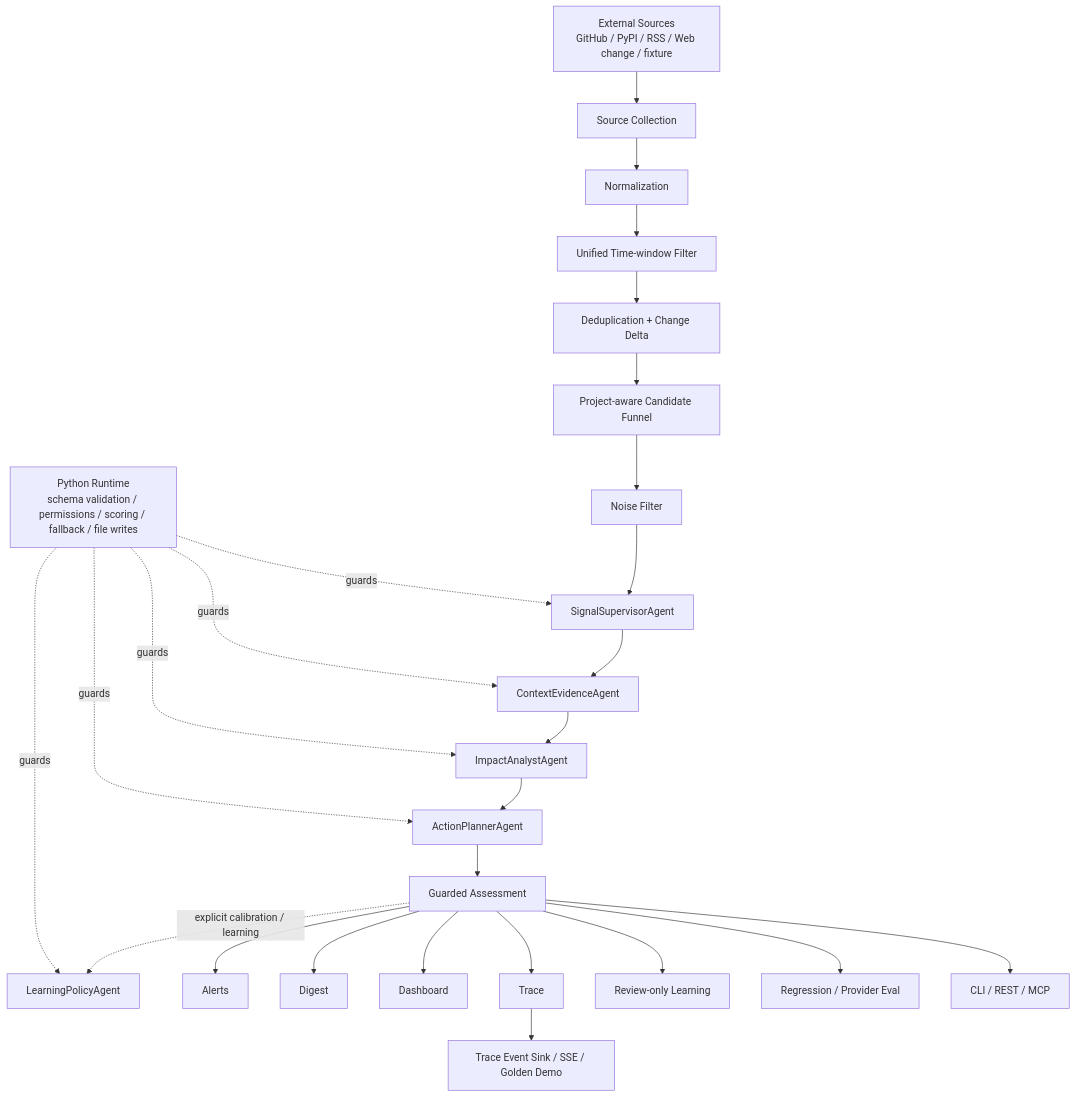
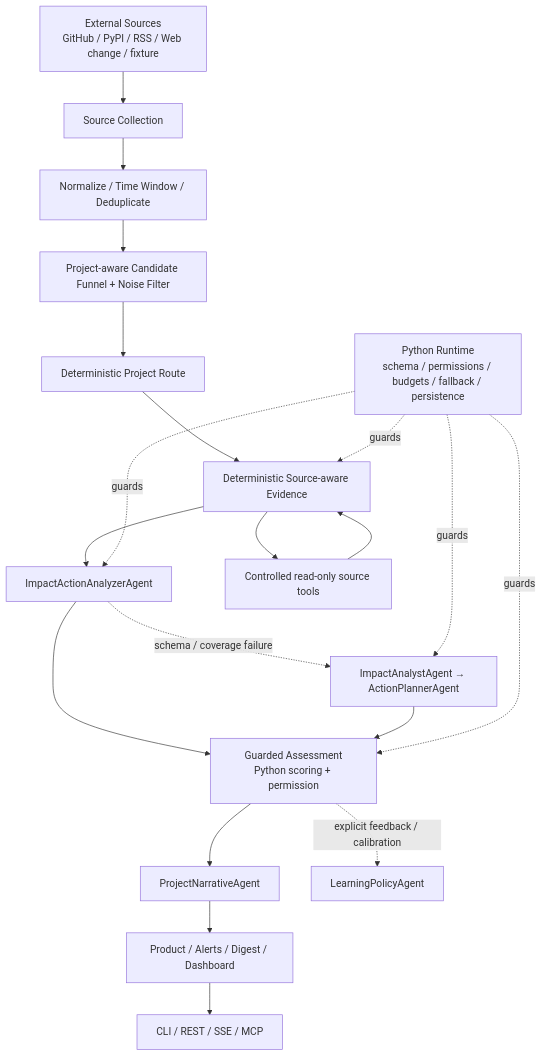
Before and after one commit to pocketvin/SignalHarness: the first of 2 diagrams in docs/ARCHITECTURE.md, drawn with Mermaid. The commit also changed other lines of this file and 121 other files, not shown here.

Commit message:
Complete local SignalHarness intelligence runtime milestone

````diff
--- a/docs/ARCHITECTURE.md
+++ b/docs/ARCHITECTURE.md
@@ -7,29 +7,21 @@
 ```mermaid
 flowchart TD
     A["External Sources<br/>GitHub / PyPI / RSS / Web change / fixture"] --> B["Source Collection"]
-    B --> C["Normalization"]
-    C --> TW["Unified Time-window Filter"]
-    TW --> D["Deduplication + Change Delta"]
-    D --> CF["Project-aware Candidate Funnel"]
-    CF --> E["Noise Filter"]
-    E --> F["SignalSupervisorAgent"]
-    F --> G["ContextEvidenceAgent"]
-    G --> H["ImpactAnalystAgent"]
-    H --> I["ActionPlannerAgent"]
-    I --> K["Guarded Assessment"]
-    K -. explicit calibration / learning .-> J["LearningPolicyAgent"]
-    K --> L["Alerts"]
-    K --> M["Digest"]
-    K --> N["Dashboard"]
-    K --> O["Trace"]
-    K --> P["Review-only Learning"]
-    K --> R["Regression / Provider Eval"]
-    K --> S["CLI / REST / MCP"]
-    O --> T["Trace Event Sink / SSE / Golden Demo"]
+    B --> C["Normalize / Time Window / Deduplicate"]
+    C --> D["Project-aware Candidate Funnel + Noise Filter"]
+    D --> E["Deterministic Project Route"]
+    E --> F["Deterministic Source-aware Evidence"]
+    F --> G["ImpactActionAnalyzerAgent"]
+    G --> H["Guarded Assessment<br/>Python scoring + permission"]
+    H --> N["ProjectNarrativeAgent"]
+    N --> P["Product / Alerts / Digest / Dashboard"]
+    P --> S["CLI / REST / SSE / MCP"]
 
-    Q["Python Runtime<br/>schema validation / permissions / scoring / fallback / file writes"] -. guards .-> F
+    F --> T["Controlled read-only source tools"] --> F
+    G -. "schema / coverage failure" .-> X["ImpactAnalystAgent → ActionPlannerAgent"] --> H
+    H -. "explicit feedback / calibration" .-> L["LearningPolicyAgent"]
+    Q["Python Runtime<br/>schema / permissions / budgets / fallback / persistence"] -. guards .-> F
     Q -. guards .-> G
+    Q -. guards .-> X
     Q -. guards .-> H
-    Q -. guards .-> I
-    Q -. guards .-> J
 ```
````
